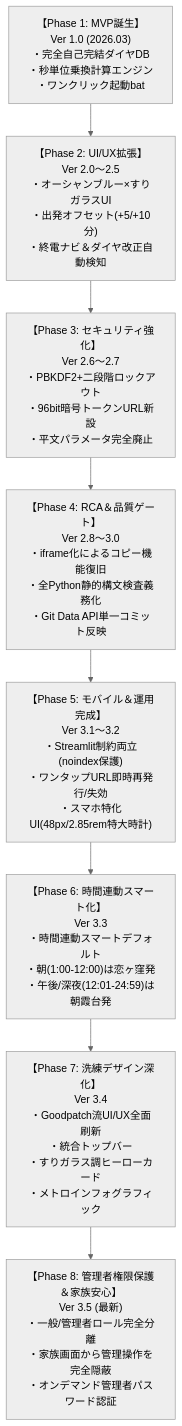
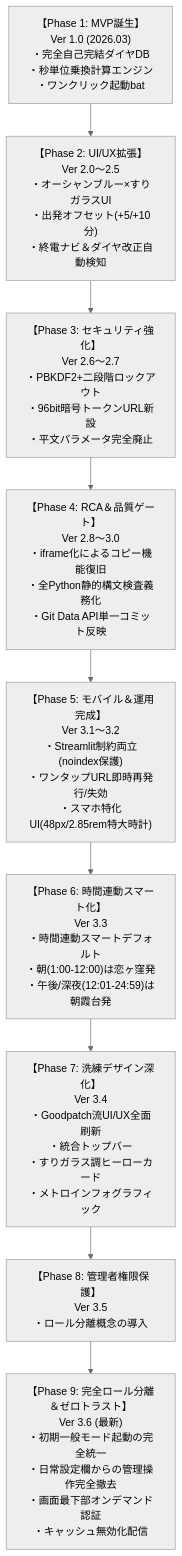
One commit to uriboh428/koiasa-train-timer changed the diagram in REQUIREMENTS.md. Above: the diagram before and after it, drawn with Mermaid (neutral theme). The commit also changed other lines of this file and 3 other files, not shown here.

````diff
--- a/REQUIREMENTS.md
+++ b/REQUIREMENTS.md
@@ -20,20 +20,22 @@
 ```mermaid
 flowchart TD
     V1["【Phase 1: MVP誕生】<br>Ver 1.0 (2026.03)<br>・完全自己完結ダイヤDB<br>・秒単位乗換計算エンジン<br>・ワンクリック起動bat"]
     
     V2["【Phase 2: UI/UX拡張】<br>Ver 2.0〜2.5<br>・オーシャンブルー×すりガラスUI<br>・出発オフセット(+5/+10分)<br>・終電ナビ＆ダイヤ改正自動検知"]
     
     V3["【Phase 3: セキュリティ強化】<br>Ver 2.6〜2.7<br>・PBKDF2+二段階ロックアウト<br>・96bit暗号トークンURL新設<br>・平文パラメータ完全廃止"]
     
     V4["【Phase 4: RCA＆品質ゲート】<br>Ver 2.8〜3.0<br>・iframe化によるコピー機能復旧<br>・全Python静的構文検査義務化<br>・Git Data API単一コミット反映"]
     
     V5["【Phase 5: モバイル＆運用完成】<br>Ver 3.1〜3.2<br>・Streamlit制約両立(noindex保護)<br>・ワンタップURL即時再発行/失効<br>・スマホ特化UI(48px/2.85rem特大時計)"]
 
     V6["【Phase 6: 時間連動スマート化】<br>Ver 3.3<br>・時間連動スマートデフォルト<br>・朝(1:00-12:00)は恋ヶ窪発<br>・午後/深夜(12:01-24:59)は朝霞台発"]
 
     V7["【Phase 7: 洗練デザイン深化】<br>Ver 3.4<br>・Goodpatch流UI/UX全面刷新<br>・統合トップバー<br>・すりガラス調ヒーローカード<br>・メトロインフォグラフィック"]
 
-    V8["【Phase 8: 管理者権限保護＆家族安心】<br>Ver 3.5 (最新)<br>・一般/管理者ロール完全分離<br>・家族画面から管理操作を完全隠蔽<br>・オンデマンド管理者パスワード認証"]
+    V8["【Phase 8: 管理者権限保護】<br>Ver 3.5<br>・ロール分離概念の導入"]
 
-    V1 --> V2 --> V3 --> V4 --> V5 --> V6 --> V7 --> V8
+    V9["【Phase 9: 完全ロール分離＆ゼロトラスト】<br>Ver 3.6 (最新)<br>・初期一般モード起動の完全統一<br>・日常設定欄からの管理操作完全撤去<br>・画面最下部オンデマンド認証<br>・キャッシュ無効化配信"]
+
+    V1 --> V2 --> V3 --> V4 --> V5 --> V6 --> V7 --> V8 --> V9
 ```
````
